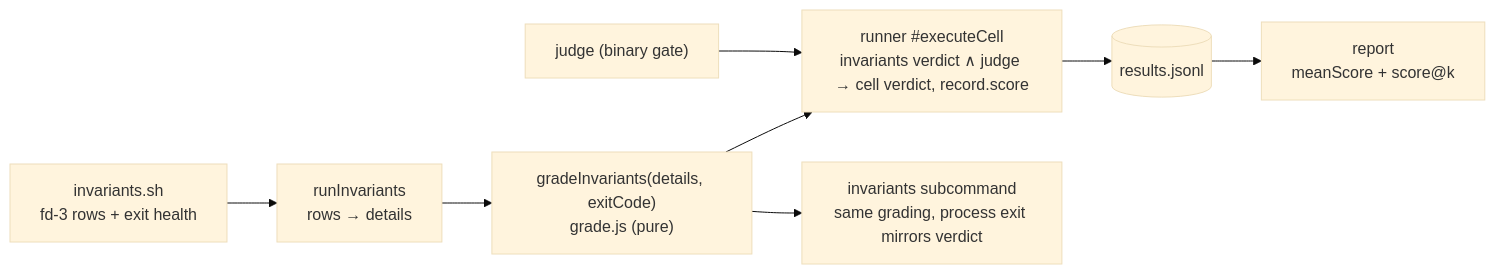
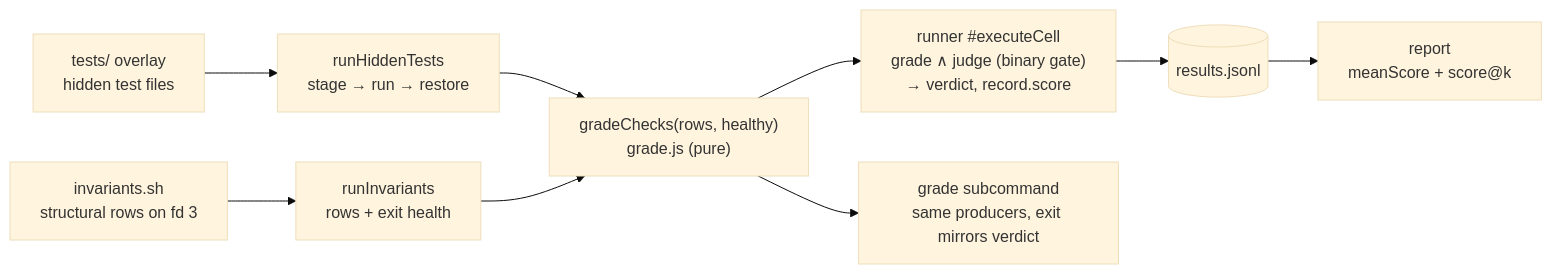
Before and after one commit to forwardimpact/monorepo: the diagram in specs/2240-scored-benchmark-tasks/design-a.md, drawn with Mermaid (base theme). The commit also changed other lines of this file and 2 other files, not shown here.

First line of the commit message:
spec(2240): scored benchmark tasks with harness-run hidden test suites (#1963)

````diff
--- a/specs/2240-scored-benchmark-tasks/design-a.md
+++ b/specs/2240-scored-benchmark-tasks/design-a.md
@@ -14,10 +14,9 @@
 ```mermaid
 flowchart LR
-  INV["invariants.sh<br/>fd-3 rows + exit health"] --> RI[runInvariants<br/>rows → details]
-  RI --> GR["gradeInvariants(details, exitCode)<br/>grade.js (pure)"]
-  GR --> RUN["runner #executeCell<br/>invariants verdict ∧ judge → cell verdict, record.score"]
-  JD["judge (binary gate)"] --> RUN
-  RUN --> LEDGER[(results.jsonl)]
-  LEDGER --> REP["report<br/>meanScore + score@k"]
-  GR --> CMD["invariants subcommand<br/>same grading, process exit mirrors verdict"]
+  TS["tests/ overlay<br/>hidden test files"] --> HT["runHiddenTests<br/>stage → run → restore"]
+  INV["invariants.sh<br/>structural rows on fd 3"] --> RI["runInvariants<br/>rows + exit health"]
+  HT & RI --> GR["gradeChecks(rows, healthy)<br/>grade.js (pure)"]
+  GR --> RUN["runner #executeCell<br/>grade ∧ judge (binary gate)<br/>→ verdict, record.score"]
+  RUN --> LEDGER[(results.jsonl)] --> REP["report<br/>meanScore + score@k"]
+  GR --> CMD["grade subcommand<br/>same producers, exit mirrors verdict"]
 ```
````
